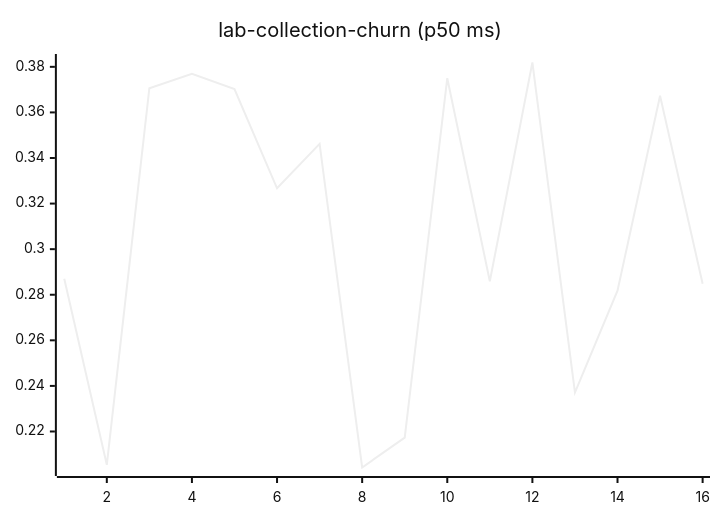
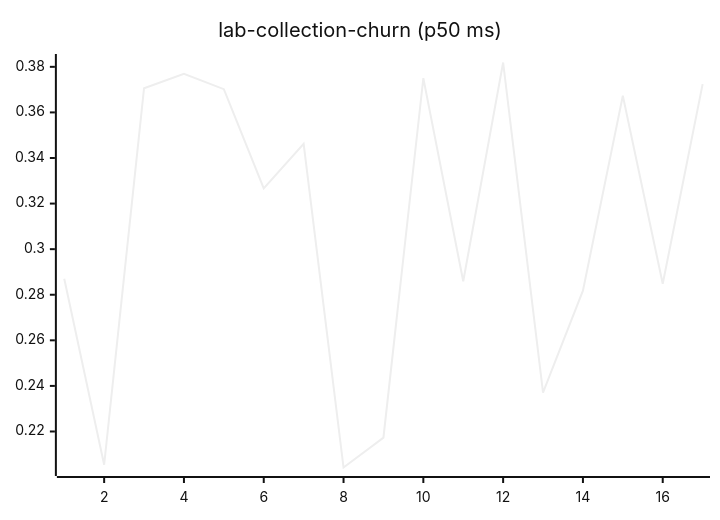
Diagram 11 of 27 in README.md (josha/Facet), drawn with Mermaid (neutral theme) before and after one commit. The commit also changed other lines of this file and 2 other files, not shown here.

````diff
--- a/README.md
+++ b/README.md
@@ -133,6 +133,6 @@
 ```mermaid
 xychart-beta
     title "lab-collection-churn (p50 ms)"
-    x-axis 1 --> 16
-    line [0.2870, 0.2054, 0.3706, 0.3769, 0.3702, 0.3267, 0.3462, 0.2042, 0.2173, 0.3750, 0.2859, 0.3819, 0.2371, 0.2818, 0.3673, 0.2848]
+    x-axis 1 --> 17
+    line [0.2870, 0.2054, 0.3706, 0.3769, 0.3702, 0.3267, 0.3462, 0.2042, 0.2173, 0.3750, 0.2859, 0.3819, 0.2371, 0.2818, 0.3673, 0.2848, 0.3724]
 ```
````
